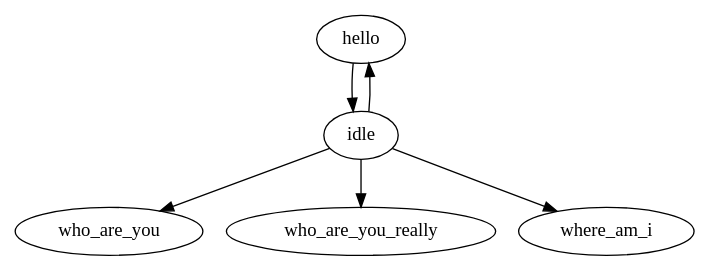
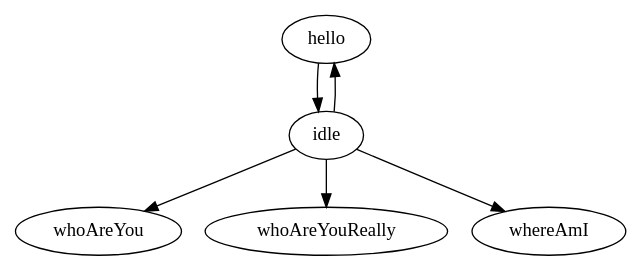
One commit to maelys-mcardle/adventure changed the diagram in samples/simple/entities/people/ada/state.dot. Above: the diagram before and after it, drawn with Graphviz. The commit also changed 7 other files, not shown here.

```diff
--- a/samples/simple/entities/people/ada/state.dot
+++ b/samples/simple/entities/people/ada/state.dot
@@ -1,7 +1,7 @@
 digraph conversation {
     hello -> idle
     idle -> hello
-    idle -> who_are_you
-    idle -> who_are_you_really
-    idle -> where_am_i
+    idle -> whoAreYou
+    idle -> whoAreYouReally
+    idle -> whereAmI
 }
```
